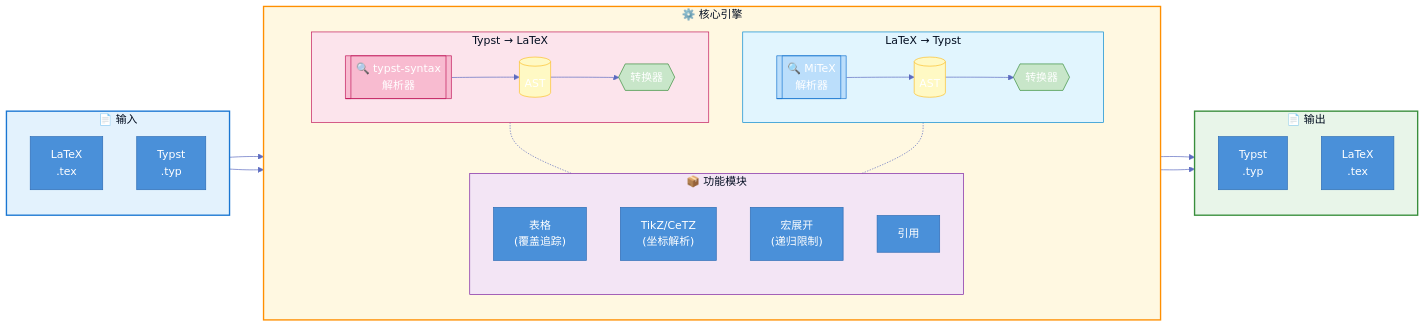
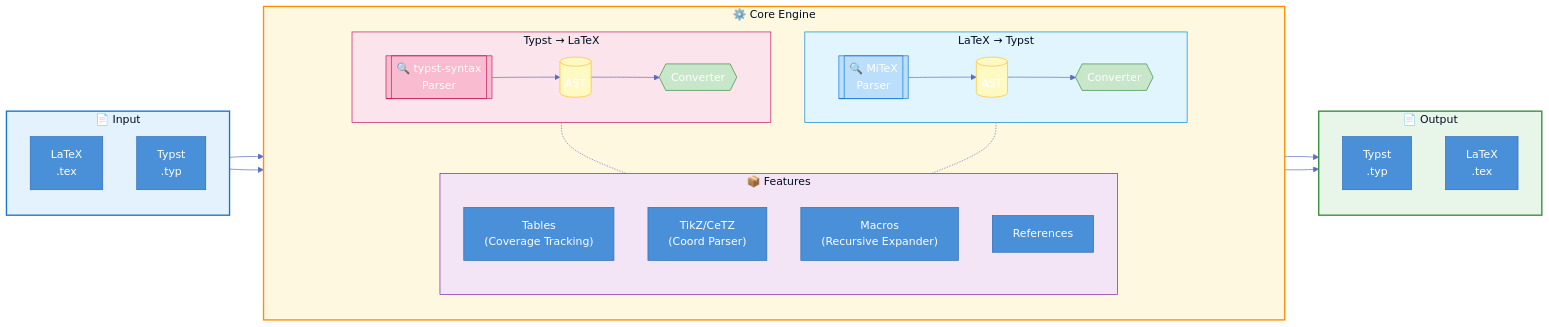
One commit to bug-cat-iu/tylax changed the diagram in README_CN.md. Above: the diagram before and after it, drawn with Mermaid. The commit also changed other lines of this file and 2 other files, not shown here.

````diff
--- a/README_CN.md
+++ b/README_CN.md
@@ -123,67 +90,67 @@
 ```mermaid
 %%{init: {'theme': 'base', 'themeVariables': { 'primaryColor': '#4a90d9', 'primaryTextColor': '#fff', 'primaryBorderColor': '#2d6cb5', 'lineColor': '#5c6bc0', 'secondaryColor': '#81c784', 'tertiaryColor': '#fff3e0'}}}%%
 
 flowchart LR
-    subgraph INPUT ["📄 输入"]
+    subgraph INPUT ["📄 Input"]
         direction TB
         LaTeX["LaTeX\n.tex"]
         Typst["Typst\n.typ"]
     end
 
-    subgraph CORE ["⚙️ 核心引擎"]
+    subgraph CORE ["⚙️ Core Engine"]
         direction TB
         
         subgraph L2T ["LaTeX → Typst"]
             direction LR
-            MP[["🔍 MiTeX\n解析器"]]
+            MP[["🔍 MiTeX\nParser"]]
             LA[("AST")]
-            LC{{"转换器"}}
+            LC{{"Converter"}}
             MP --> LA --> LC
         end
         
         subgraph T2L ["Typst → LaTeX"]
             direction LR
-            TP[["🔍 typst-syntax\n解析器"]]
+            TP[["🔍 typst-syntax\nParser"]]
             TA[("AST")]
-            TC{{"转换器"}}
+            TC{{"Converter"}}
             TP --> TA --> TC
         end
         
-        subgraph FEATURES ["📦 功能模块"]
+        subgraph FEATURES ["📦 Features"]
             direction TB
-            F1["表格\n(覆盖追踪)"]
-            F2["TikZ/CeTZ\n(坐标解析)"]
-            F3["宏展开\n(递归限制)"]
-            F4["引用"]
+            F1["Tables\n(Coverage Tracking)"]
+            F2["TikZ/CeTZ\n(Coord Parser)"]
+            F3["Macros\n(Recursive Expander)"]
+            F4["References"]
         end
     end
 
-    subgraph OUTPUT ["📄 输出"]
+    subgraph OUTPUT ["📄 Output"]
         direction TB
         TypstOut["Typst\n.typ"]
         LaTeXOut["LaTeX\n.tex"]
     end
 
     LaTeX --> MP
     LC --> TypstOut
     
     Typst --> TP
     TC --> LaTeXOut
     
     LC -.- FEATURES
     TC -.- FEATURES
 
     style INPUT fill:#e3f2fd,stroke:#1976d2,stroke-width:2px
     style CORE fill:#fff8e1,stroke:#ff8f00,stroke-width:2px
     style OUTPUT fill:#e8f5e9,stroke:#388e3c,stroke-width:2px
     style L2T fill:#e1f5fe,stroke:#0288d1
     style T2L fill:#fce4ec,stroke:#c2185b
     style FEATURES fill:#f3e5f5,stroke:#7b1fa2
     
     style MP fill:#bbdefb,stroke:#1976d2
     style TP fill:#f8bbd0,stroke:#c2185b
     style LA fill:#fff9c4,stroke:#fbc02d
     style TA fill:#fff9c4,stroke:#fbc02d
     style LC fill:#c8e6c9,stroke:#388e3c
     style TC fill:#c8e6c9,stroke:#388e3c
 ```
````
